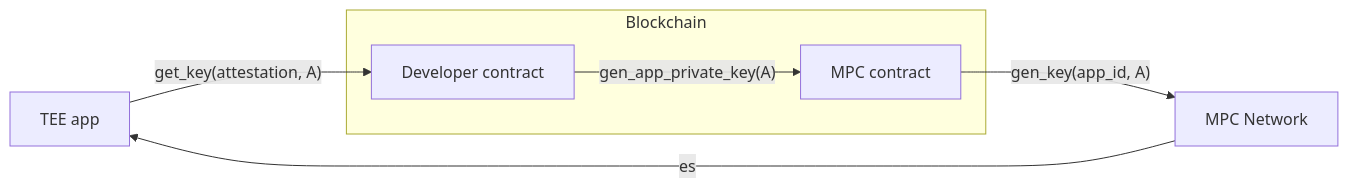
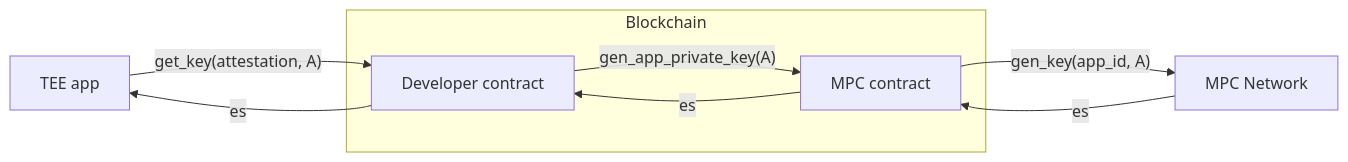
The diagram in docs/confidential_key_derivation.md (near/threshold-signatures), drawn with Mermaid before and after one commit. The commit also changed other lines of this file, not shown here.

Commit message:
addressed Kevin's comments

````diff
--- a/docs/confidential_key_derivation.md
+++ b/docs/confidential_key_derivation.md
@@ -39,10 +39,10 @@
 ```mermaid
 flowchart LR
     TEEapp[TEE app] -->|"`get_key(attestation, A)`"| DevC[Developer contract]
     subgraph Blockchain
     DevC -->|"`gen\_app\_private\_key(A)`"| MPCC[MPC contract]
     end
     MPCC -->|"`gen\_key(app_id, A)`"| MPCN[MPC Network]
-    MPCN -->|"`es`"| TEEapp
+    MPCN -->|"`es`"| MPCC -->|"`es`"| DevC -->|"`es`"| TEEapp
 
 ```
````
